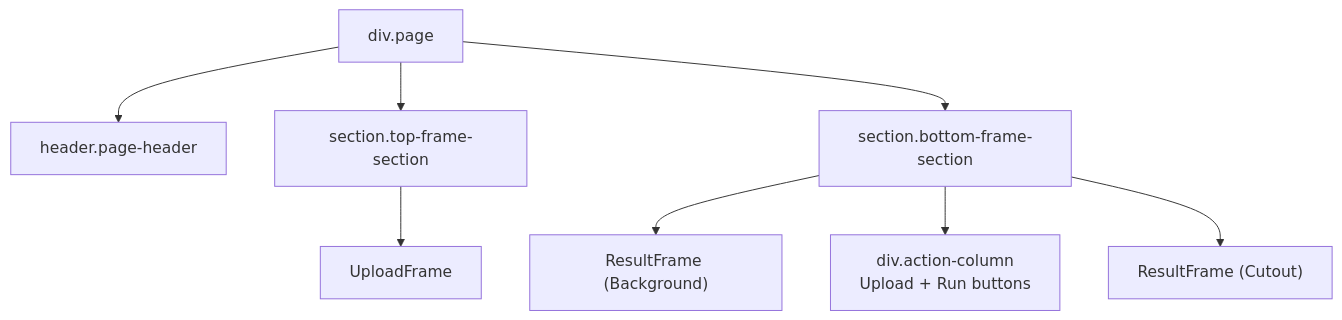
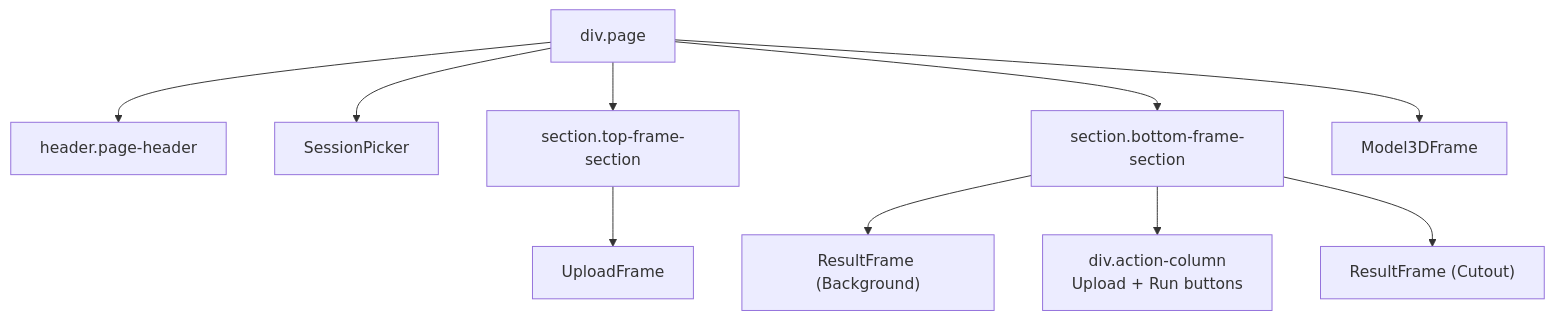
The diagram in docs/frontend/components.md (1mache/avroom), drawn with Mermaid before and after one commit. The commit also changed other lines of this file and 8 other files, not shown here.

````diff
--- a/docs/frontend/components.md
+++ b/docs/frontend/components.md
@@ -20,19 +21,23 @@
 ```mermaid
 flowchart TD
     Page["div.page"]
     Header["header.page-header"]
+    SessionPicker["SessionPicker"]
     Top["section.top-frame-section"]
     Bottom["section.bottom-frame-section"]
     Upload["UploadFrame"]
     Bg["ResultFrame (Background)"]
     Co["ResultFrame (Cutout)"]
     Actions["div.action-column<br/>Upload + Run buttons"]
+    Model3D["Model3DFrame"]
 
     Page --> Header
+    Page --> SessionPicker
     Page --> Top
     Page --> Bottom
     Top --> Upload
     Bottom --> Bg
     Bottom --> Actions
     Bottom --> Co
+    Page --> Model3D
 ```
````
